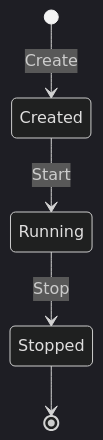
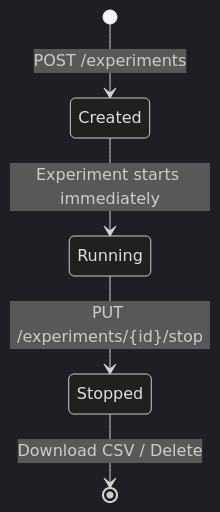
One commit to stefanposs/webmacs changed the diagram in assets/mkdocs/guide/experiments.md. Above: the diagram before and after it, drawn with Mermaid (dark theme). The commit also changed other lines of this file and 181 other files, not shown here.

````diff
--- a/assets/mkdocs/guide/experiments.md
+++ b/assets/mkdocs/guide/experiments.md
@@ -9,7 +9,7 @@
 ```mermaid
 stateDiagram-v2
-    [*] --> Created: Create
-    Created --> Running: Start
-    Running --> Stopped: Stop
-    Stopped --> [*]
+    [*] --> Created: POST /experiments
+    Created --> Running: Experiment starts immediately
+    Running --> Stopped: PUT /experiments/{id}/stop
+    Stopped --> [*]: Download CSV / Delete
 ```
````
